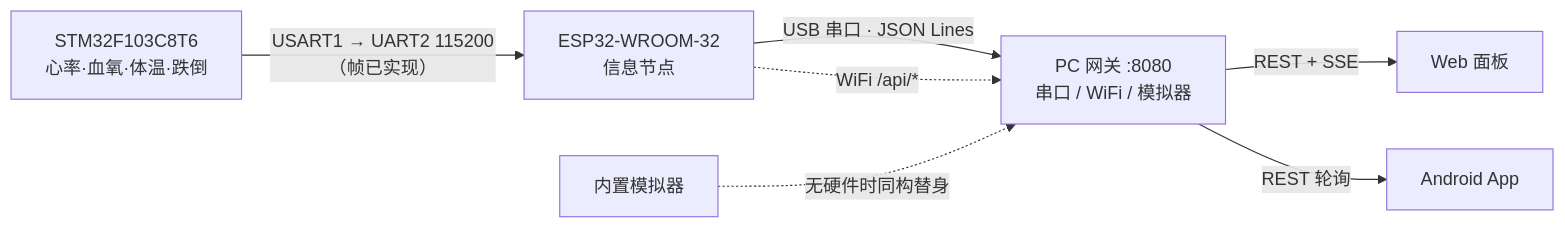
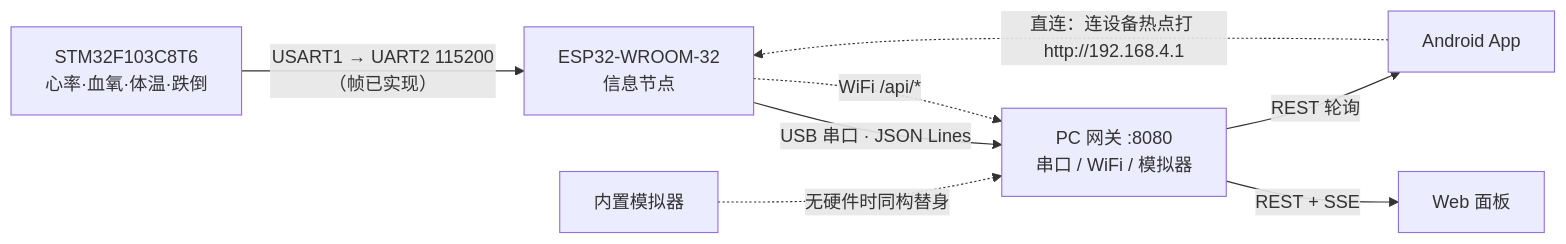
Before and after one commit to PandaGuGu/stm32-health-monitor: the second of 2 diagrams in README.md, drawn with Mermaid. The commit also changed other lines of this file and 16 other files, not shown here.

First line of the commit message:
feat(direct): 设备自包含 HTTP 服务 + App 直连档（MuMu 当真机验收）

````diff
--- a/README.md
+++ b/README.md
@@ -105,16 +105,17 @@
 ```mermaid
 flowchart LR
     STM32["STM32F103C8T6<br/>心率·血氧·体温·跌倒"]
     ESP32["ESP32-WROOM-32<br/>信息节点"]
     GW["PC 网关 :8080<br/>串口 / WiFi / 模拟器"]
     WEB["Web 面板"]
     APP["Android App"]
     MOCK["内置模拟器"]
 
     STM32 -- "USART1 → UART2 115200（帧已实现）" --> ESP32
     ESP32 -- "USB 串口 · JSON Lines" --> GW
     ESP32 -. "WiFi /api/*" .-> GW
     MOCK -. "无硬件时同构替身" .-> GW
     GW -- "REST + SSE" --> WEB
     GW -- "REST 轮询" --> APP
+    APP -. "直连：连设备热点打 http://192.168.4.1" .-> ESP32
 ```
````
